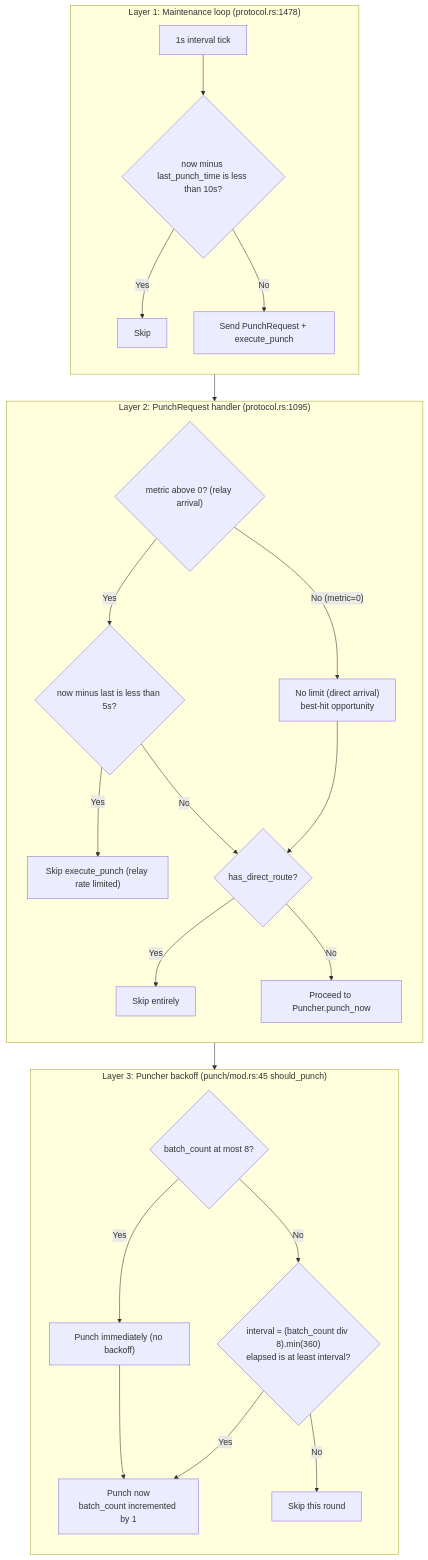
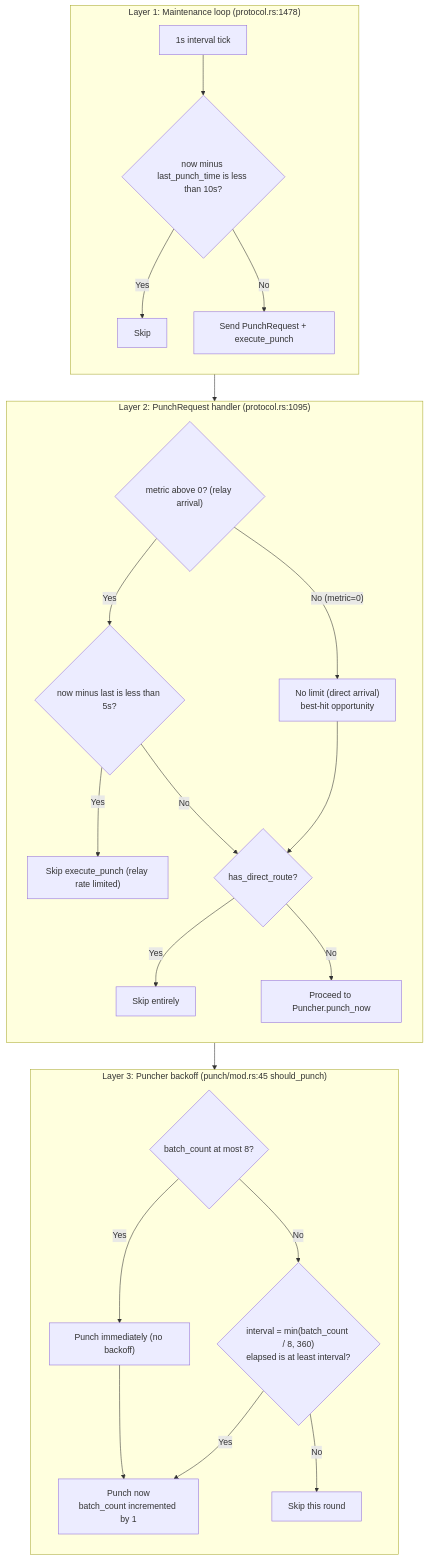
One commit to rustp2p/rustp2p changed diagram 27 of 27 in docs/nat-punch-principles.md. Above: the diagram before and after it, drawn with Mermaid. The commit also changed other lines of this file, not shown here.

Commit message:
docs: fix Mermaid rendering regressions in nat-punch principles

````diff
--- a/docs/nat-punch-principles.md
+++ b/docs/nat-punch-principles.md
@@ -1130,48 +1126,48 @@
 ```mermaid
 flowchart TD
     subgraph L1["Layer 1: Maintenance loop (protocol.rs:1478)"]
         direction TB
         L1A["1s interval tick"]
         L1B{"now minus last_punch_time is less than 10s?"}
         L1C["Skip"]
         L1D["Send PunchRequest + execute_punch"]
         L1A --> L1B
         L1B -->|"Yes"| L1C
         L1B -->|"No"| L1D
     end
 
     subgraph L2["Layer 2: PunchRequest handler (protocol.rs:1095)"]
         direction TB
         L2A{"metric above 0? (relay arrival)"}
         L2B{"now minus last is less than 5s?"}
         L2C["Skip execute_punch (relay rate limited)"]
         L2D["No limit (direct arrival)<br/>best-hit opportunity"]
         L2E{"has_direct_route?"}
         L2F["Skip entirely"]
         L2G["Proceed to Puncher.punch_now"]
         L2A -->|"Yes"| L2B
         L2B -->|"Yes"| L2C
         L2B -->|"No"| L2E
         L2A -->|"No (metric=0)"| L2D
         L2D --> L2E
         L2E -->|"Yes"| L2F
         L2E -->|"No"| L2G
     end
 
     subgraph L3["Layer 3: Puncher backoff (punch/mod.rs:45 should_punch)"]
         direction TB
         L3A{"batch_count at most 8?"}
         L3B["Punch immediately (no backoff)"]
-        L3C{"interval = (batch_count div 8).min(360)<br/>elapsed is at least interval?"}
+        L3C{"interval = min(batch_count / 8, 360)<br/>elapsed is at least interval?"}
         L3D["Punch now<br/>batch_count incremented by 1"]
         L3E["Skip this round"]
         L3A -->|"Yes"| L3B
         L3A -->|"No"| L3C
         L3B --> L3D
         L3C -->|"Yes"| L3D
         L3C -->|"No"| L3E
     end
 
     L1D --> L2A
     L2G --> L3A
 ```
````
